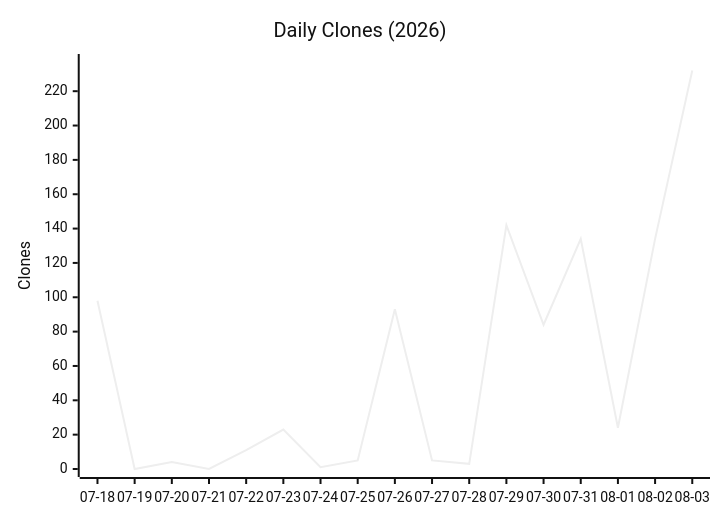
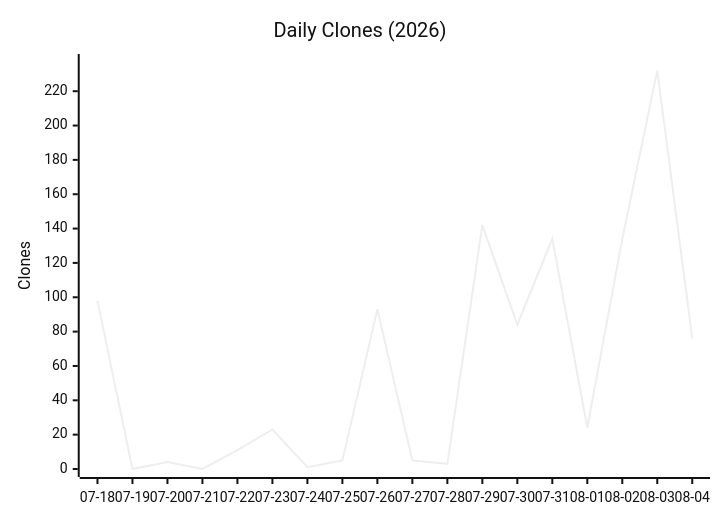
Before and after one commit to Architect-HA/Humai-Accord: the first of 4 diagrams in data/TRAFFIC_REPORT.md, drawn with Mermaid (neutral theme). The commit also changed other lines of this file and 1 other file, not shown here.

````diff
--- a/data/TRAFFIC_REPORT.md
+++ b/data/TRAFFIC_REPORT.md
@@ -12,7 +12,7 @@
 ```mermaid
 xychart-beta
     title "Daily Clones (2026)"
-    x-axis ["07-18", "07-19", "07-20", "07-21", "07-22", "07-23", "07-24", "07-25", "07-26", "07-27", "07-28", "07-29", "07-30", "07-31", "08-01", "08-02", "08-03"]
+    x-axis ["07-18", "07-19", "07-20", "07-21", "07-22", "07-23", "07-24", "07-25", "07-26", "07-27", "07-28", "07-29", "07-30", "07-31", "08-01", "08-02", "08-03", "08-04"]
     y-axis "Clones" 0 --> 237
-    line [98, 0, 4, 0, 11, 23, 1, 5, 93, 5, 3, 142, 84, 134, 24, 134, 232]
+    line [98, 0, 4, 0, 11, 23, 1, 5, 93, 5, 3, 142, 84, 134, 24, 134, 232, 76]
 ```
````
